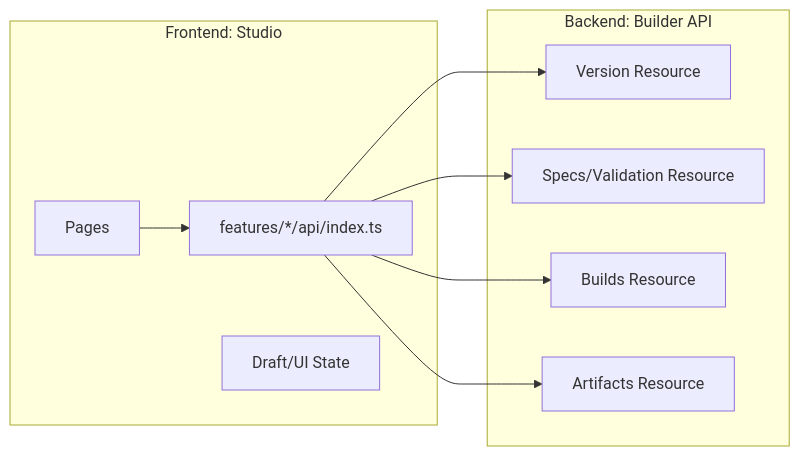
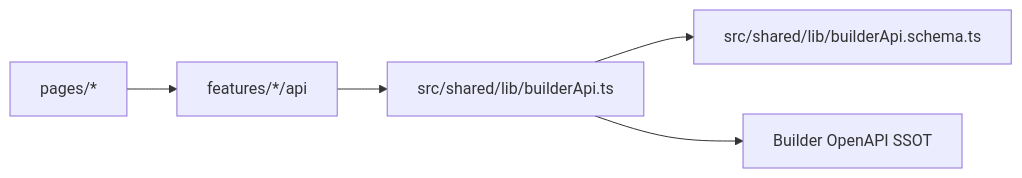
Before and after one commit to yeongseon/kpubdata-studio: the diagram in API_CONTRACT.md, drawn with Mermaid. The commit also changed other lines of this file, not shown here.

First line of the commit message:
docs: reduce Studio API contract to Builder SSOT notes (#428)

````diff
--- a/API_CONTRACT.md
+++ b/API_CONTRACT.md
@@ -6,21 +16,7 @@
 ```mermaid
 graph LR
-    subgraph Studio [Frontend: Studio]
-        UI[Pages]
-        FeatureAPI[features/*/api/index.ts]
-        State[Draft/UI State]
-    end
-
-    subgraph API [Backend: Builder API]
-        Version[Version Resource]
-        Specs[Specs/Validation Resource]
-        Builds[Builds Resource]
-        Artifacts[Artifacts Resource]
-    end
-
-    UI --> FeatureAPI
-    FeatureAPI --> Version
-    FeatureAPI --> Specs
-    FeatureAPI --> Builds
-    FeatureAPI --> Artifacts
+    Page[pages/*] --> Feature[features/*/api]
+    Feature --> Client[src/shared/lib/builderApi.ts]
+    Client --> Schema[src/shared/lib/builderApi.schema.ts]
+    Client --> Builder[Builder OpenAPI SSOT]
 ```
````
